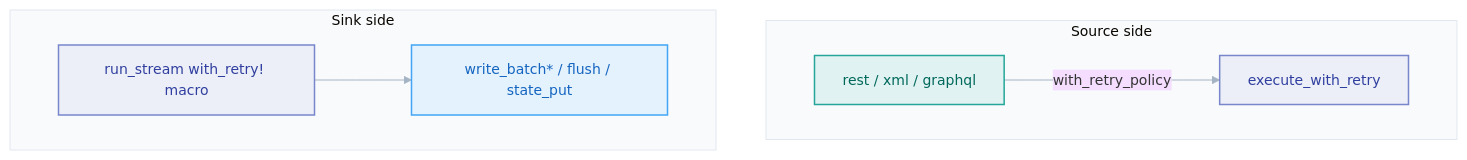
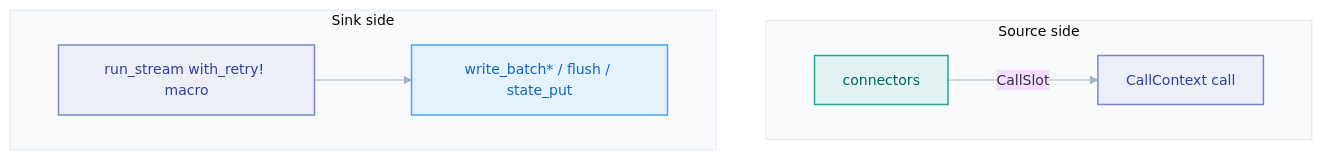
Before and after one commit to faucet-hq/faucet-stream: the diagram in docs/architecture/retries.md, drawn with Mermaid. The commit also changed other lines of this file and 6 other files, not shown here.

````diff
--- a/docs/architecture/retries.md
+++ b/docs/architecture/retries.md
@@ -19,16 +19,16 @@
 ```mermaid
 %%{init: {'theme':'base','flowchart':{'curve':'basis','nodeSpacing':50,'rankSpacing':72,'padding':14},'themeVariables':{'fontFamily':'-apple-system,BlinkMacSystemFont,Segoe UI,sans-serif','fontSize':'14px','lineColor':'#a5b4c4','clusterBkg':'#f8fafc','clusterBorder':'#e2e8f0'}}}%%
 flowchart TD
     subgraph Source side
-      REST[rest / xml / graphql] -->|with_retry_policy| RS[execute_with_retry]
+      REST[connectors] -->|CallSlot| RS["CallContext call"]
     end
     subgraph Sink side
       RS2[run_stream with_retry! macro] --> WB[write_batch* / flush / state_put]
     end
     classDef src fill:#e0f2f1,stroke:#26a69a,stroke-width:1.5px,color:#00695c
     classDef proc fill:#eceff8,stroke:#7986cb,stroke-width:1.5px,color:#303f9f
     classDef sink fill:#e3f2fd,stroke:#42a5f5,stroke-width:1.5px,color:#1565c0
     class REST src
     class RS,RS2 proc
     class WB sink
 ```
````
